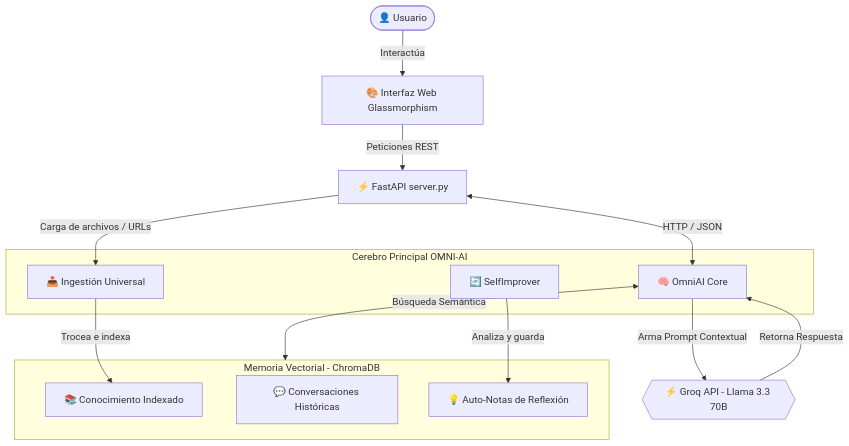
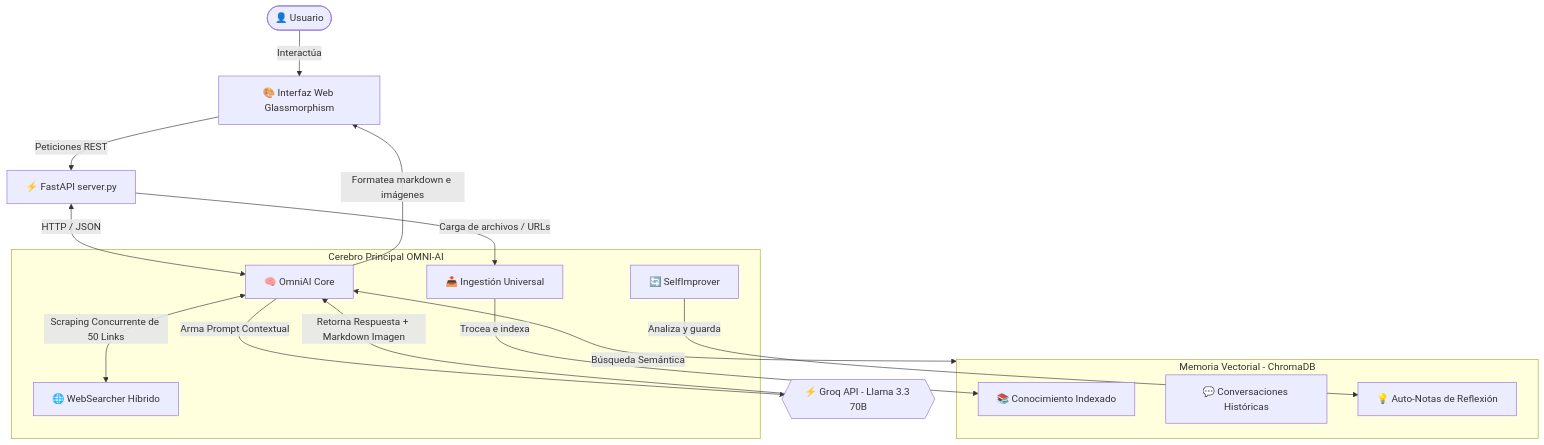
Before and after one commit to yakross/OmniAI: the diagram in README.md, drawn with Mermaid. The commit also changed other lines of this file, not shown here.

Commit message:
docs: actualizado README.md con caracteristicas de escaner de 50 links, personalidades de WD y Pollinations.ai

````diff
--- a/README.md
+++ b/README.md
@@ -32,27 +53,30 @@
 ```mermaid
 graph TD
     User([👤 Usuario]) -->|Interactúa| UI[🎨 Interfaz Web Glassmorphism]
     UI -->|Peticiones REST| API[⚡ FastAPI server.py]
     
     subgraph Core [Cerebro Principal OMNI-AI]
         Omni[🧠 OmniAI Core]
         Ingest[📥 Ingestión Universal]
+        Search[🌐 WebSearcher Híbrido]
         Self[🔄 SelfImprover]
     end
     
     API <-->|HTTP / JSON| Omni
     API -->|Carga de archivos / URLs| Ingest
+    Omni <-->|Scraping Concurrente de 50 Links| Search
     
     subgraph DB [Memoria Vectorial - ChromaDB]
         KB[📚 Conocimiento Indexado]
         Mem[💬 Conversaciones Históricas]
         Notes[💡 Auto-Notas de Reflexión]
     end
     
     Omni <-->|Búsqueda Semántica| DB
     Ingest -->|Trocea e indexa| KB
     Self -->|Analiza y guarda| Notes
     
     Omni -->|Arma Prompt Contextual| LLM{{⚡ Groq API - Llama 3.3 70B}}
-    LLM -->|Retorna Respuesta| Omni
+    LLM -->|Retorna Respuesta + Markdown Imagen| Omni
+    Omni -->|Formatea markdown e imágenes| UI
 ```
````
